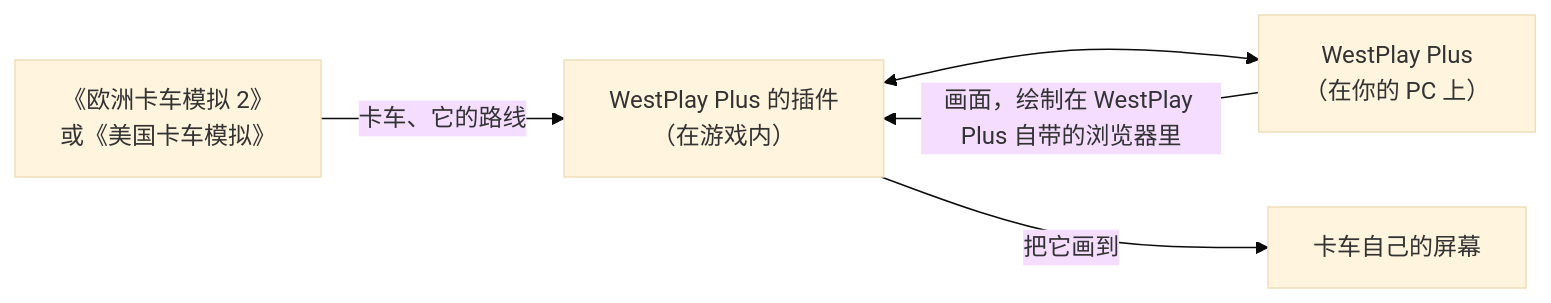
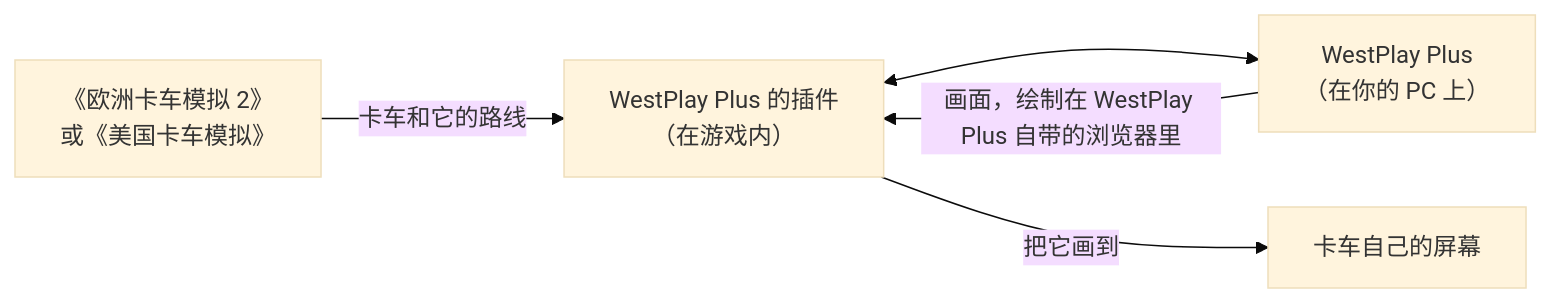
The diagram in docs/readme/README.zh-CN.md (HandsomeTurtle0307/WestPlay-Plus), drawn with Mermaid (base theme) before and after one commit. The commit also changed other lines of this file and 63 other files, not shown here.

````diff
--- a/docs/readme/README.zh-CN.md
+++ b/docs/readme/README.zh-CN.md
@@ -58,7 +58,7 @@
 ```mermaid
 flowchart LR
-  game["《欧洲卡车模拟 2》<br/>或《美国卡车模拟》"] -- "卡车、它的路线" --> plugin["WestPlay Plus 的插件<br/>（在游戏内）"]
+  game["《欧洲卡车模拟 2》<br/>或《美国卡车模拟》"] -- "卡车和它的路线" --> plugin["WestPlay Plus 的插件<br/>（在游戏内）"]
   plugin <--> app["WestPlay Plus<br/>（在你的 PC 上）"]
   app -- "画面，绘制在 WestPlay Plus 自带的浏览器里" --> plugin
   plugin -- "把它画到" --> screen["卡车自己的屏幕"]
 ```
````
